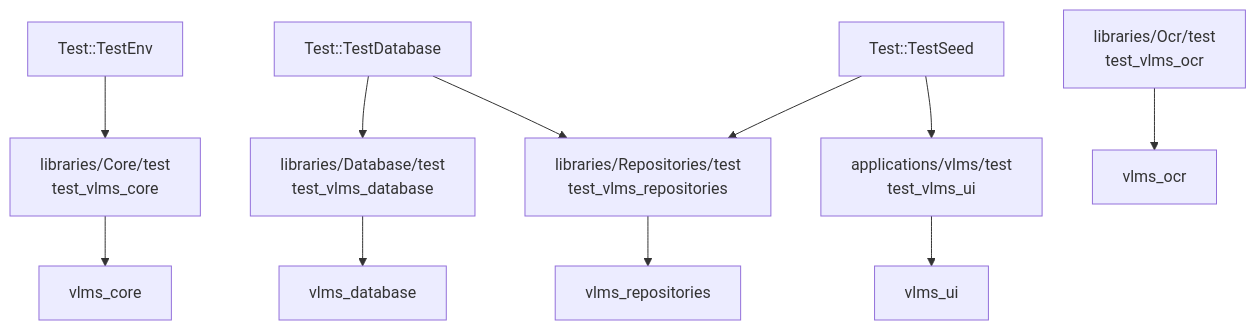
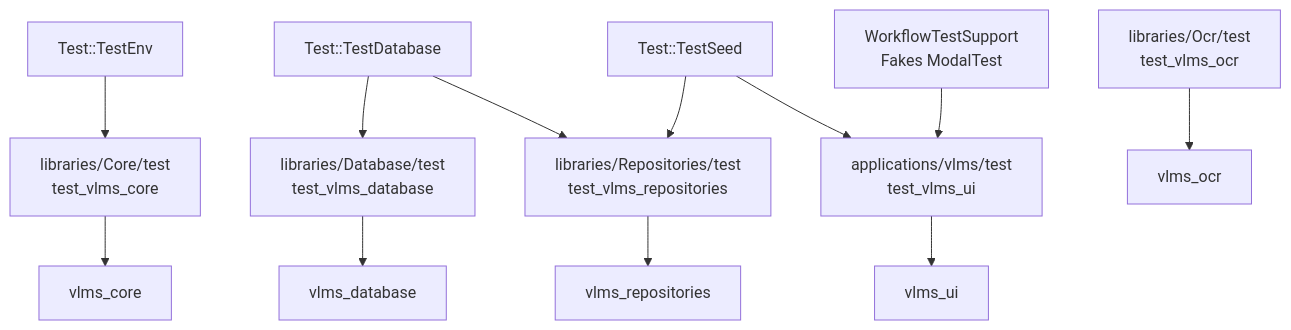
One commit to medaminben/VLMS changed diagram 28 of 28 in docs/architecture/beta-uml.md. Above: the diagram before and after it, drawn with Mermaid. The commit also changed other lines of this file, not shown here.

First line of the commit message:
Refresh the Beta UML for the frontend redesign.

````diff
--- a/docs/architecture/beta-uml.md
+++ b/docs/architecture/beta-uml.md
@@ -857,22 +1020,24 @@
 ```mermaid
 flowchart TD
     CoreT[libraries/Core/test<br/>test_vlms_core]
     DbT[libraries/Database/test<br/>test_vlms_database]
     RepoT[libraries/Repositories/test<br/>test_vlms_repositories]
     OcrT[libraries/Ocr/test<br/>test_vlms_ocr]
     UiT[applications/vlms/test<br/>test_vlms_ui]
     Env[Test::TestEnv]
     TDb[Test::TestDatabase]
     Seed[Test::TestSeed]
+    Fakes[WorkflowTestSupport<br/>Fakes ModalTest]
 
     Env --> CoreT
     TDb --> DbT
     TDb --> RepoT
     Seed --> RepoT
     Seed --> UiT
+    Fakes --> UiT
     CoreT --> CoreLib[vlms_core]
     DbT --> DbLib[vlms_database]
     RepoT --> RepoLib[vlms_repositories]
     OcrT --> OcrLib[vlms_ocr]
     UiT --> UiLib[vlms_ui]
 ```
````
